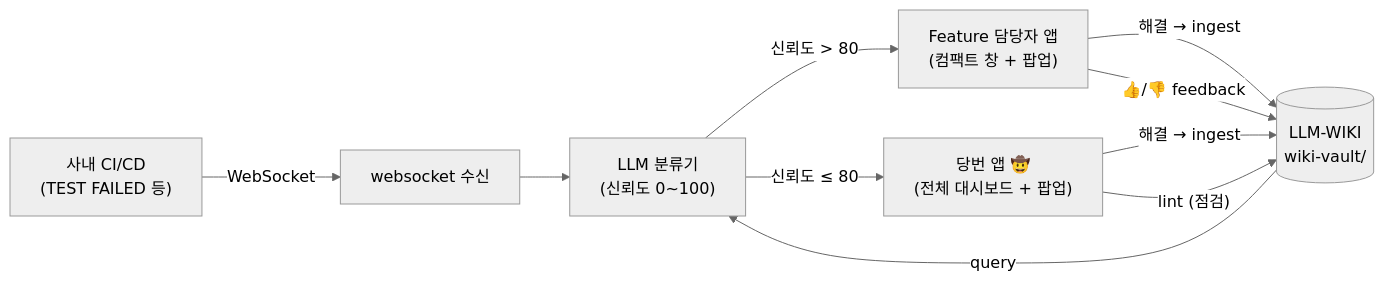
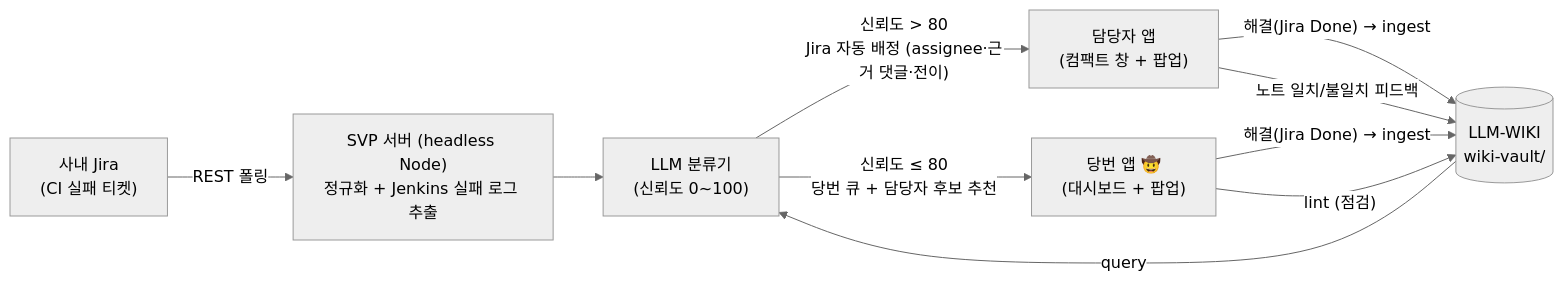
One commit to shin-son/sheriff-avatar-project changed the diagram in README.md. Above: the diagram before and after it, drawn with Mermaid (neutral theme). The commit also changed other lines of this file and 6 other files, not shown here.

````diff
--- a/README.md
+++ b/README.md
@@ -12,12 +13,12 @@
 ```mermaid
 flowchart LR
-    CI["사내 CI/CD<br/>(TEST FAILED 등)"] -- WebSocket --> WS["websocket 수신"]
-    WS --> CLS["LLM 분류기<br/>(신뢰도 0~100)"]
+    JIRA["사내 Jira<br/>(CI 실패 티켓)"] -- "REST 폴링" --> SRV["SVP 서버 (headless Node)<br/>정규화 + Jenkins 실패 로그 추출"]
     WIKI[("LLM-WIKI<br/>wiki-vault/")] -- "query" --> CLS
-    CLS -- "신뢰도 > 80" --> OWNER["Feature 담당자 앱<br/>(컴팩트 창 + 팝업)"]
-    CLS -- "신뢰도 ≤ 80" --> SHERIFF["당번 앱 🤠<br/>(전체 대시보드 + 팝업)"]
-    OWNER -- "해결 → ingest" --> WIKI
-    SHERIFF -- "해결 → ingest" --> WIKI
-    OWNER -- "👍/👎 feedback" --> WIKI
+    SRV --> CLS["LLM 분류기<br/>(신뢰도 0~100)"]
+    CLS -- "신뢰도 > 80<br/>Jira 자동 배정 (assignee·근거 댓글·전이)" --> OWNER["담당자 앱<br/>(컴팩트 창 + 팝업)"]
+    CLS -- "신뢰도 ≤ 80<br/>당번 큐 + 담당자 후보 추천" --> SHERIFF["당번 앱 🤠<br/>(대시보드 + 팝업)"]
+    OWNER -- "해결(Jira Done) → ingest" --> WIKI
+    SHERIFF -- "해결(Jira Done) → ingest" --> WIKI
+    OWNER -- "노트 일치/불일치 피드백" --> WIKI
     SHERIFF -- "lint (점검)" --> WIKI
 ```
````
